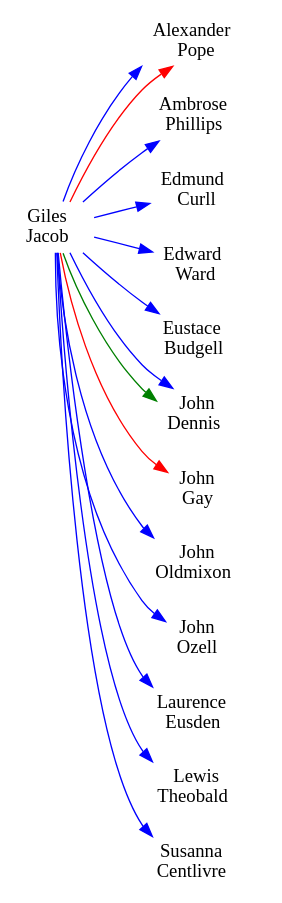
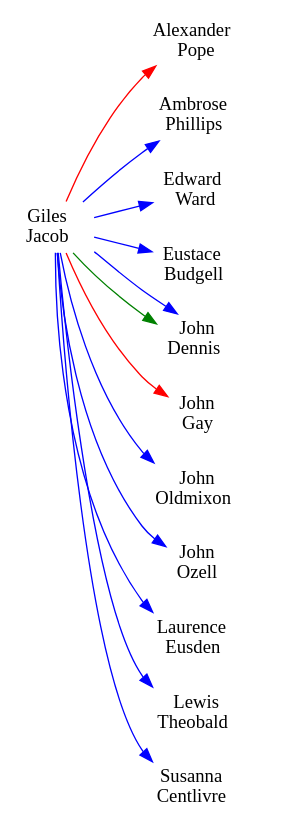
Before and after one commit to ontoligent/dunciad: the diagram in images/GILES_JACOB.dot, drawn with Graphviz. The commit also changed 90 other files, not shown here.

```diff
--- a/images/GILES_JACOB.dot
+++ b/images/GILES_JACOB.dot
@@ -1,31 +1,28 @@
 digraph G {
 rankdir=LR
 node [shape=plaintext]
 ALEXANDER_POPE [label=< Alexander<br/>Pope >]
 AMBROSE_PHILLIPS [label=< Ambrose<br/>Phillips >]
-EDMUND_CURLL [label=< Edmund<br/>Curll >]
 EDWARD_WARD [label=< Edward<br/>Ward >]
 EUSTACE_BUDGELL [label=< Eustace<br/>Budgell >]
 GILES_JACOB [label=< Giles<br/>Jacob >]
 JOHN_DENNIS [label=< John<br/>Dennis >]
 JOHN_GAY [label=< John<br/>Gay >]
 JOHN_OLDMIXON [label=< John<br/>Oldmixon >]
 JOHN_OZELL [label=< John<br/>Ozell >]
 LAURENCE_EUSDEN [label=< Laurence<br/>Eusden >]
 LEWIS_THEOBALD [label=< Lewis<br/>Theobald >]
 SUSANNA_CENTLIVRE [label=< Susanna<br/>Centlivre >]
 GILES_JACOB -> ALEXANDER_POPE [color=red weight=16]
-GILES_JACOB -> ALEXANDER_POPE [color=blue weight=1]
 GILES_JACOB -> AMBROSE_PHILLIPS [color=blue weight=1]
-GILES_JACOB -> EDMUND_CURLL [color=blue weight=1]
 GILES_JACOB -> EDWARD_WARD [color=blue weight=1]
 GILES_JACOB -> EUSTACE_BUDGELL [color=blue weight=1]
 GILES_JACOB -> JOHN_DENNIS [color=green weight=4]
 GILES_JACOB -> JOHN_DENNIS [color=blue weight=4]
 GILES_JACOB -> JOHN_GAY [color=red weight=1]
 GILES_JACOB -> JOHN_OLDMIXON [color=blue weight=1]
 GILES_JACOB -> JOHN_OZELL [color=blue weight=4]
 GILES_JACOB -> LAURENCE_EUSDEN [color=blue weight=1]
 GILES_JACOB -> LEWIS_THEOBALD [color=blue weight=1]
 GILES_JACOB -> SUSANNA_CENTLIVRE [color=blue weight=1]
 }
```
